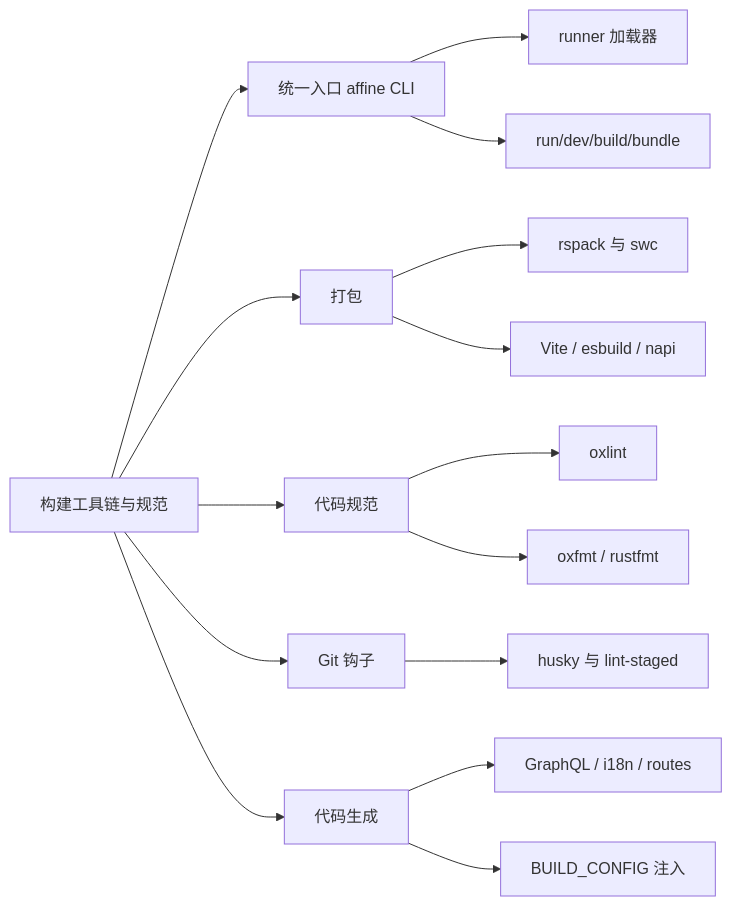
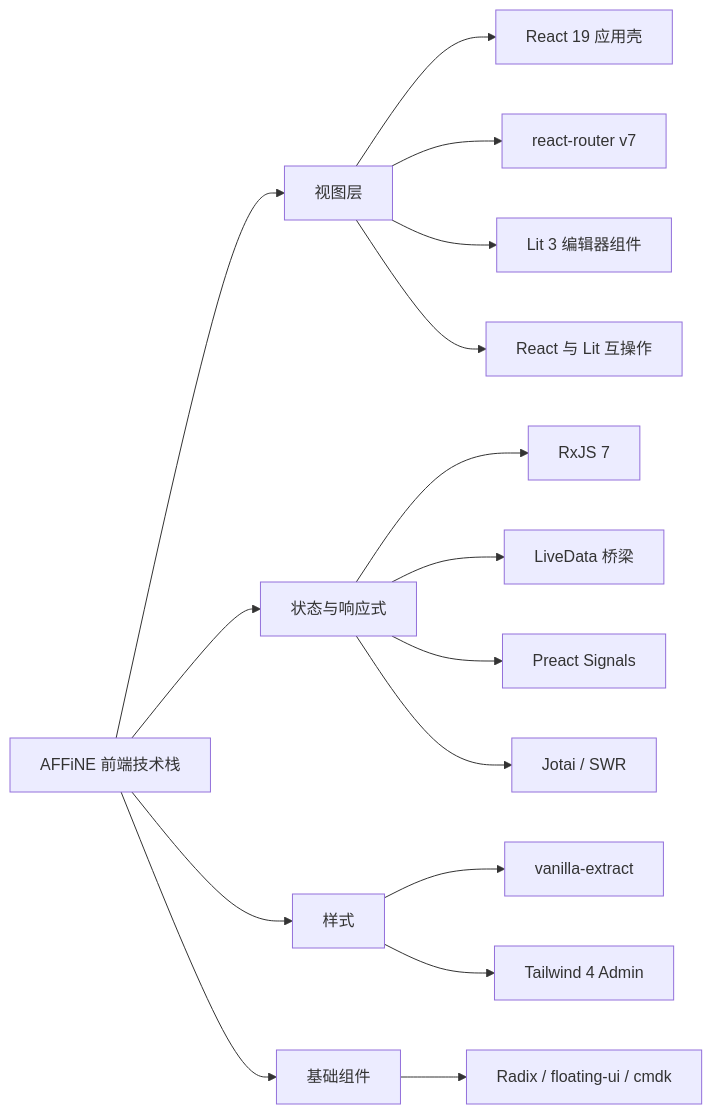
One commit to lfire/AFFiNE changed the first of 3 diagrams in learning-guide/slides/decks/10.md. Above: the diagram before and after it, drawn with Mermaid. The commit also changed other lines of this file and 73 other files, not shown here.

````diff
--- a/learning-guide/slides/decks/10.md
+++ b/learning-guide/slides/decks/10.md
@@ -33,17 +33,18 @@
 ```mermaid
 flowchart LR
-  ROOT["构建工具链与规范"] --> CLI["统一入口 affine CLI"]
-  ROOT --> PK["打包"]
-  ROOT --> LN["代码规范"]
-  ROOT --> GT["Git 钩子"]
-  ROOT --> GEN["代码生成"]
-  CLI --> CLI1["runner 加载器"]
-  CLI --> CLI2["run/dev/build/bundle"]
-  PK --> PK1["rspack 与 swc"]
-  PK --> PK2["Vite / esbuild / napi"]
-  LN --> LN1["oxlint"]
-  LN --> LN2["oxfmt / rustfmt"]
-  GT --> GT1["husky 与 lint-staged"]
-  GEN --> GEN1["GraphQL / i18n / routes"]
-  GEN --> GEN2["BUILD_CONFIG 注入"]
+  ROOT["AFFiNE 前端技术栈"] --> V["视图层"]
+  ROOT --> S["状态与响应式"]
+  ROOT --> ST["样式"]
+  ROOT --> U["基础组件"]
+  V --> V1["React 19 应用壳"]
+  V --> V2["react-router v7"]
+  V --> V3["Lit 3 编辑器组件"]
+  V --> V4["React 与 Lit 互操作"]
+  S --> S1["RxJS 7"]
+  S --> S2["LiveData 桥梁"]
+  S --> S3["Preact Signals"]
+  S --> S4["Jotai / SWR"]
+  ST --> ST1["vanilla-extract"]
+  ST --> ST2["Tailwind 4 Admin"]
+  U --> U1["Radix / floating-ui / cmdk"]
 ```
````
